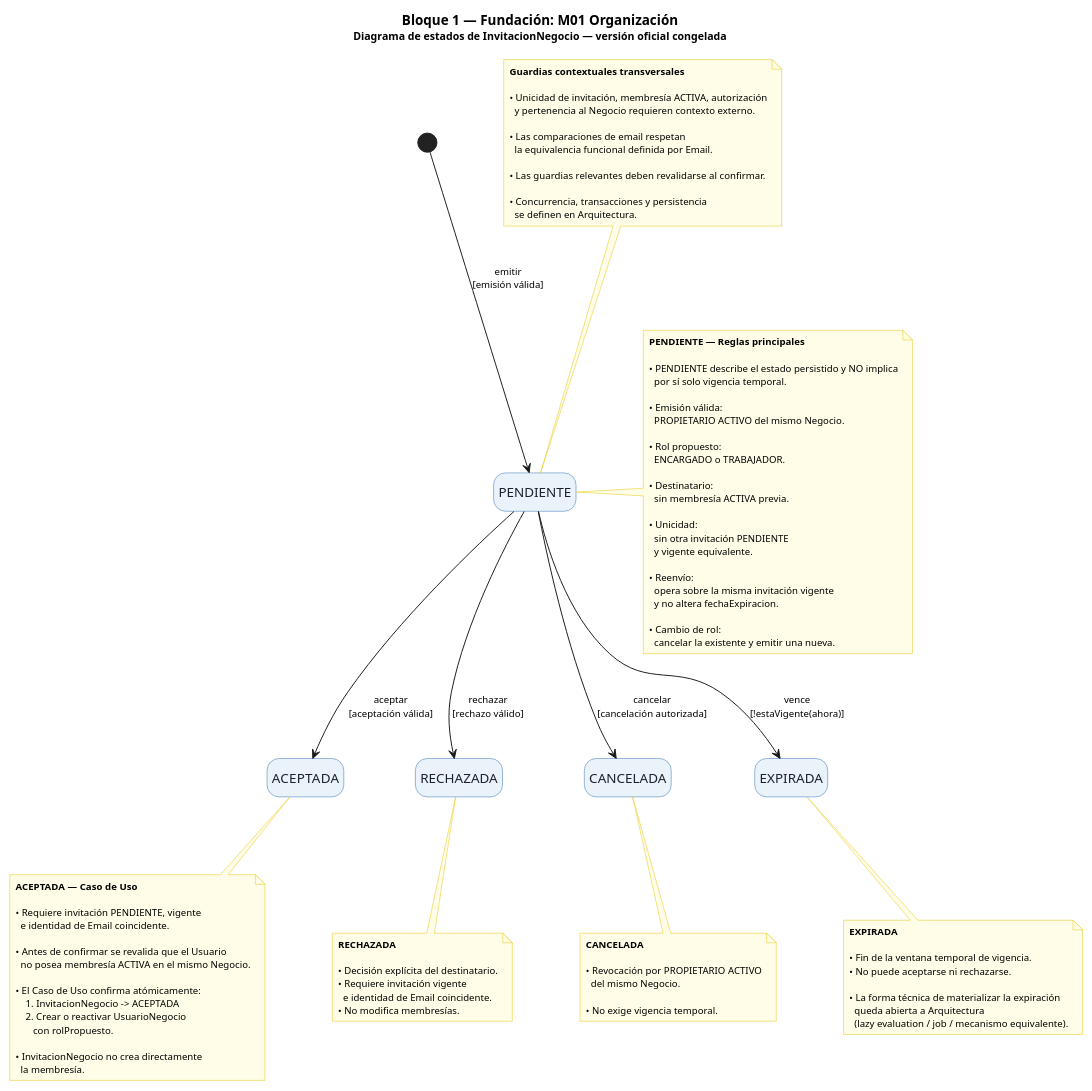
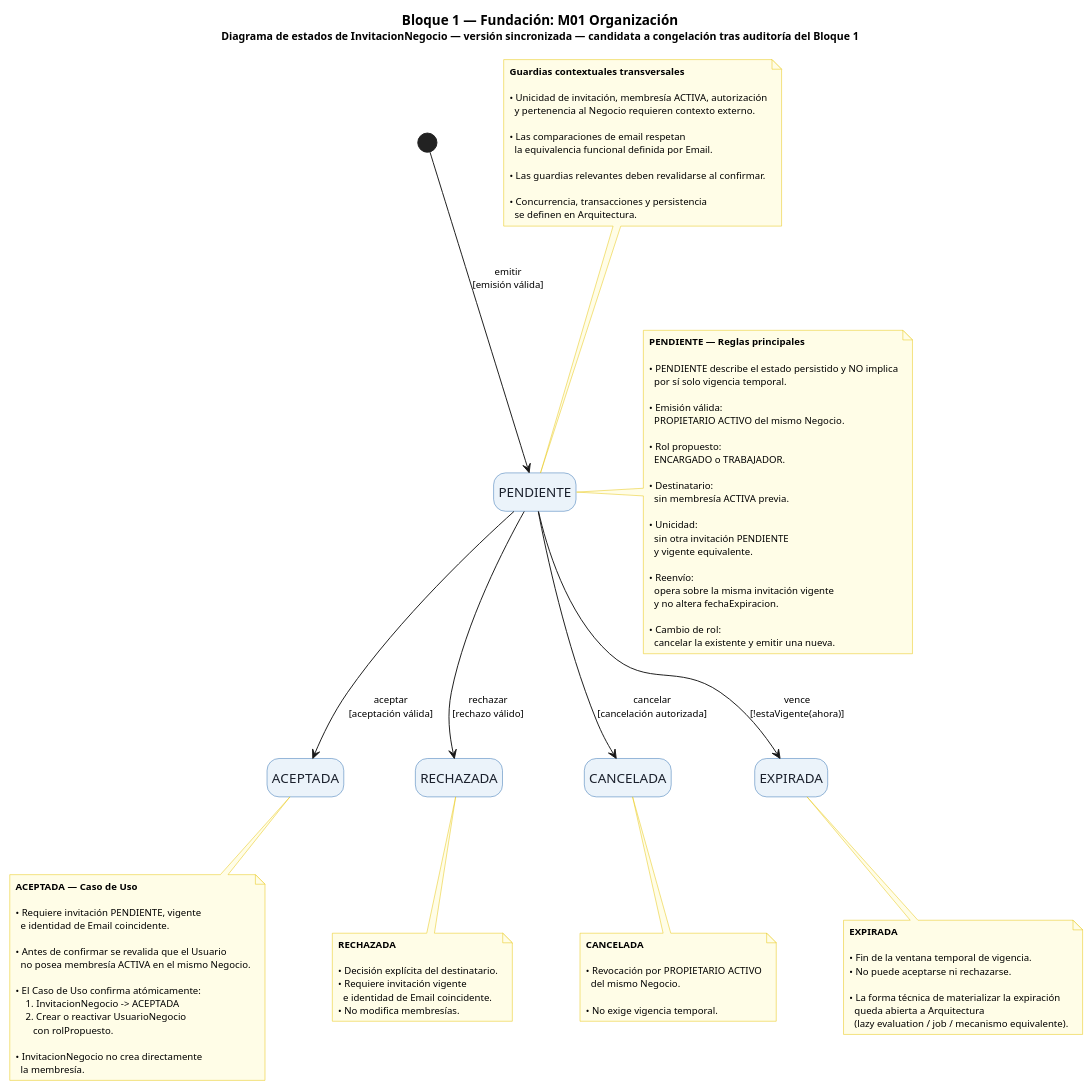
One commit to Jorge10192/TP-Programacion2-UNSAM-2C2026 changed the diagram in Proyecto-3-Extendido-Generico/modelo-dominio/bloque-1-fundacion/04-m01-estados-invitacion.puml. Above: the diagram before and after it, drawn with PlantUML.

Commit message:
Normalize Block 1 artifact status before transversal audit

```diff
--- a/Proyecto-3-Extendido-Generico/modelo-dominio/bloque-1-fundacion/04-m01-estados-invitacion.puml
+++ b/Proyecto-3-Extendido-Generico/modelo-dominio/bloque-1-fundacion/04-m01-estados-invitacion.puml
@@ -1,153 +1,153 @@
 @startuml
 
-title Bloque 1 — Fundación: M01 Organización\n<size:11>Diagrama de estados de InvitacionNegocio — versión oficial congelada</size>
+title Bloque 1 — Fundación: M01 Organización\n<size:11>Diagrama de estados de InvitacionNegocio — versión sincronizada — candidata a congelación tras auditoría del Bloque 1</size>
 
 ' =============================================================================
 ' CONFIGURACIÓN VISUAL Y ESTILOS
 ' =============================================================================
 
 skinparam shadowing false
 skinparam nodesep 70
 skinparam ranksep 80
 skinparam ArrowFontSize 10
 
 skinparam noteFontSize 10
 skinparam noteBackgroundColor #FFFDE7
 skinparam noteBorderColor #E6C200
 
 skinparam state {
     BackgroundColor #EBF3FA
     BorderColor #2B6CB0
     FontColor #1A202C
     StartColor #3182CE
     EndColor #2B6CB0
 }
 
 hide empty description
 
 ' =============================================================================
 ' ESTADOS
 ' =============================================================================
 
 state PENDIENTE
 state ACEPTADA
 state RECHAZADA
 state CANCELADA
 state EXPIRADA
 
 ' =============================================================================
 ' CREACIÓN Y TRANSICIONES DE DOMINIO
 ' =============================================================================
 
 [*] --> PENDIENTE : emitir\n[emisión válida]
 
 PENDIENTE --> ACEPTADA : aceptar\n[aceptación válida]
 
 PENDIENTE --> RECHAZADA : rechazar\n[rechazo válido]
 
 PENDIENTE --> CANCELADA : cancelar\n[cancelación autorizada]
 
 PENDIENTE --> EXPIRADA : vence\n[!estaVigente(ahora)]
 
 ' =============================================================================
 ' ALINEACIÓN HORIZONTAL DE ESTADOS TERMINALES (LAYOUT ONLY)
 ' =============================================================================
 
 ACEPTADA -[hidden]right-> RECHAZADA
 RECHAZADA -[hidden]right-> CANCELADA
 CANCELADA -[hidden]right-> EXPIRADA
 
 ' =============================================================================
 ' REGLAS CONTEXTUALES Y NOTAS DE ESTADO
 ' =============================================================================
 
 note top of PENDIENTE
   <b>Guardias contextuales transversales</b>
 
   • Unicidad de invitación, membresía ACTIVA, autorización
     y pertenencia al Negocio requieren contexto externo.
 
   • Las comparaciones de email respetan
     la equivalencia funcional definida por Email.
 
   • Las guardias relevantes deben revalidarse al confirmar.
 
   • Concurrencia, transacciones y persistencia
     se definen en Arquitectura.
 end note
 
 note right of PENDIENTE
   <b>PENDIENTE — Reglas principales</b>
 
   • PENDIENTE describe el estado persistido y NO implica
     por sí solo vigencia temporal.
 
   • Emisión válida:
     PROPIETARIO ACTIVO del mismo Negocio.
 
   • Rol propuesto:
     ENCARGADO o TRABAJADOR.
 
   • Destinatario:
     sin membresía ACTIVA previa.
 
   • Unicidad:
     sin otra invitación PENDIENTE
     y vigente equivalente.
 
   • Reenvío:
     opera sobre la misma invitación vigente
     y no altera fechaExpiracion.
 
   • Cambio de rol:
     cancelar la existente y emitir una nueva.
 end note
 
 note bottom of ACEPTADA
   <b>ACEPTADA — Caso de Uso</b>
 
   • Requiere invitación PENDIENTE, vigente
     e identidad de Email coincidente.
 
   • Antes de confirmar se revalida que el Usuario
     no posea membresía ACTIVA en el mismo Negocio.
 
   • El Caso de Uso confirma atómicamente:
       1. InvitacionNegocio -> ACEPTADA
       2. Crear o reactivar UsuarioNegocio
          con rolPropuesto.
 
   • InvitacionNegocio no crea directamente
     la membresía.
 end note
 
 note bottom of RECHAZADA
   <b>RECHAZADA</b>
 
   • Decisión explícita del destinatario.
   • Requiere invitación vigente
     e identidad de Email coincidente.
   • No modifica membresías.
 end note
 
 note bottom of CANCELADA
   <b>CANCELADA</b>
 
   • Revocación por PROPIETARIO ACTIVO
     del mismo Negocio.
 
   • No exige vigencia temporal.
 end note
 
 note bottom of EXPIRADA
   <b>EXPIRADA</b>
 
   • Fin de la ventana temporal de vigencia.
   • No puede aceptarse ni rechazarse.
 
   • La forma técnica de materializar la expiración
     queda abierta a Arquitectura
     (lazy evaluation / job / mecanismo equivalente).
 end note
 
 @enduml
```
